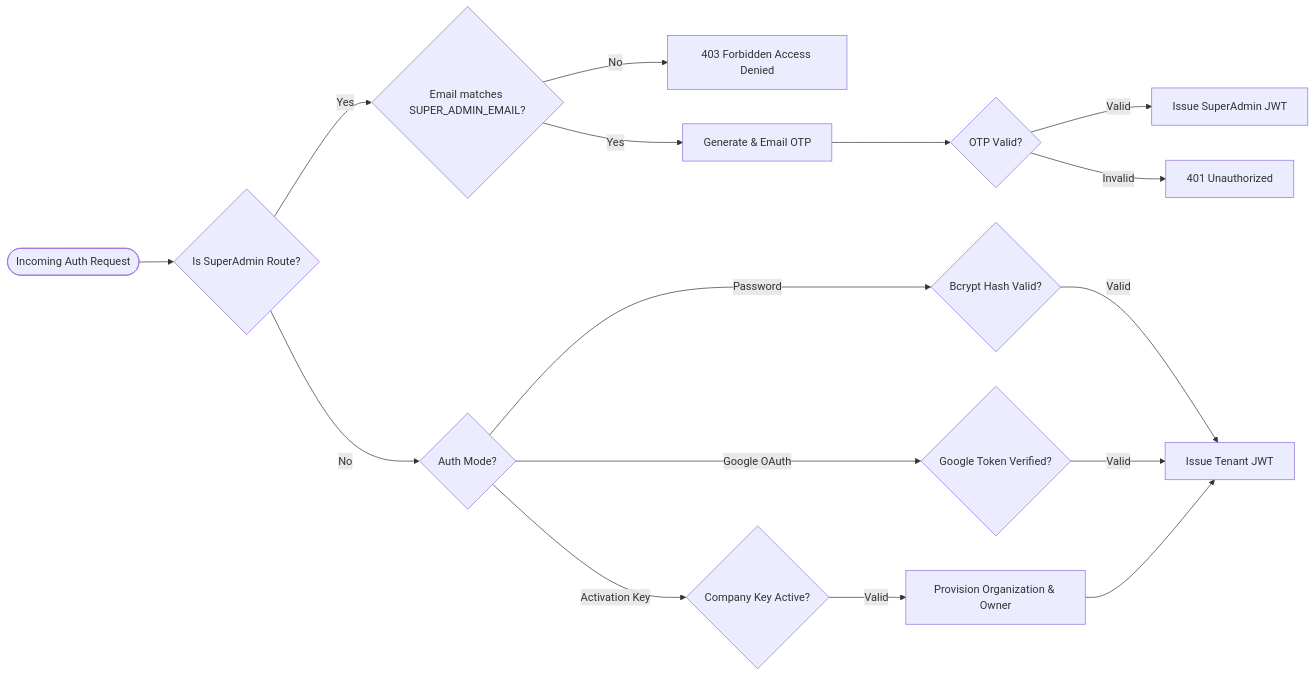
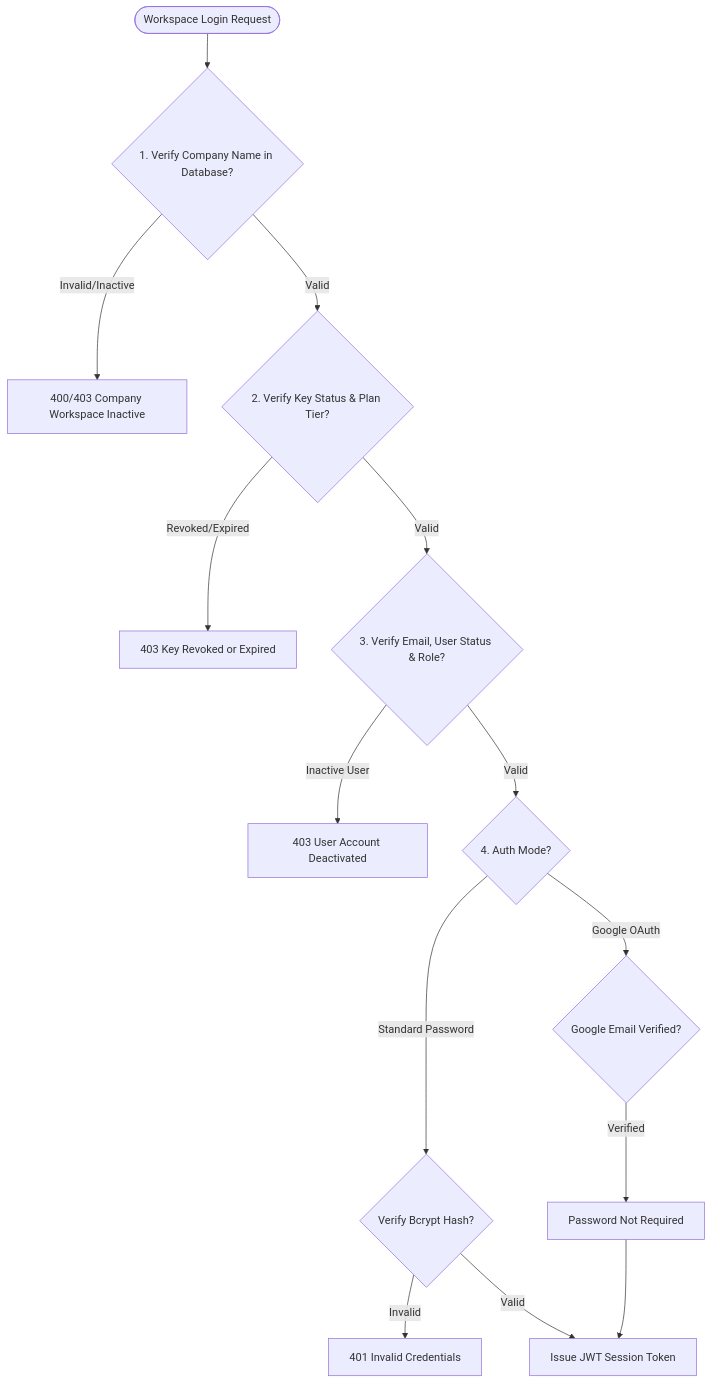
Before and after one commit to aditya-k-rai/DAS-CRM: the second of 12 diagrams in README.md, drawn with Mermaid. The commit also changed other lines of this file and 6 other files, not shown here.

Commit message:
feat(auth,docs): implement 4-tier company workspace auth/authz structure with Google OAuth password bypass and update README architecture

````diff
--- a/README.md
+++ b/README.md
@@ -86,18 +104,15 @@
 ```mermaid
-graph LR
-    UserRequest([Incoming Auth Request]) --> RouteCheck{Is SuperAdmin Route?}
-    RouteCheck -- Yes --> ValidateEmail{Email matches SUPER_ADMIN_EMAIL?}
-    ValidateEmail -- No --> Deny[403 Forbidden Access Denied]
-    ValidateEmail -- Yes --> SendOTP[Generate & Email OTP] --> VerifyOTP{OTP Valid?}
-    VerifyOTP -- Valid --> IssueSuperJWT[Issue SuperAdmin JWT]
-    VerifyOTP -- Invalid --> RejectOTP[401 Unauthorized]
-
-    RouteCheck -- No --> AuthType{Auth Mode?}
-    AuthType -- Password --> HashCheck{Bcrypt Hash Valid?}
-    AuthType -- Google OAuth --> OAuthCheck{Google Token Verified?}
-    AuthType -- Activation Key --> KeyCheck{Company Key Active?}
-
-    HashCheck -- Valid --> IssueTenantJWT[Issue Tenant JWT]
-    OAuthCheck -- Valid --> IssueTenantJWT
-    KeyCheck -- Valid --> ProvisionOrg[Provision Organization & Owner] --> IssueTenantJWT
+graph TD
+    Start([Workspace Login Request]) --> Step1{1. Verify Company Name in Database?}
+    Step1 -- Invalid/Inactive --> Err1[400/403 Company Workspace Inactive]
+    Step1 -- Valid --> Step2{2. Verify Key Status & Plan Tier?}
+    Step2 -- Revoked/Expired --> Err2[403 Key Revoked or Expired]
+    Step2 -- Valid --> Step3{3. Verify Email, User Status & Role?}
+    Step3 -- Inactive User --> Err3[403 User Account Deactivated]
+    Step3 -- Valid --> AuthMode{4. Auth Mode?}
+    AuthMode -- Standard Password --> VerifyPass{Verify Bcrypt Hash?}
+    VerifyPass -- Invalid --> Err4[401 Invalid Credentials]
+    VerifyPass -- Valid --> IssueJWT[Issue JWT Session Token]
+    AuthMode -- Google OAuth --> GoogleVerify{Google Email Verified?}
+    GoogleVerify -- Verified --> BypassPass[Password Not Required] --> IssueJWT
 ```
````
